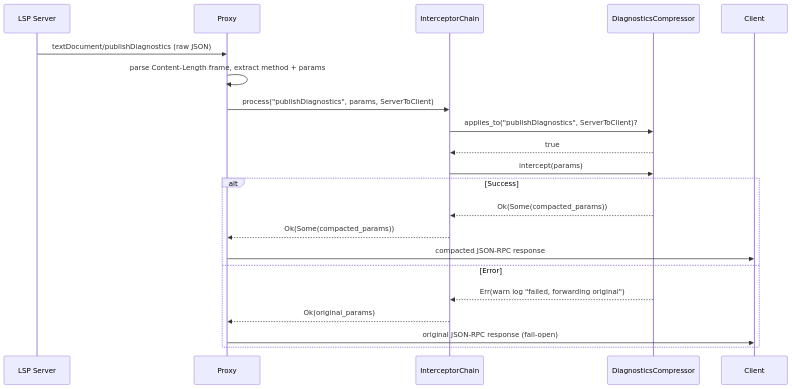
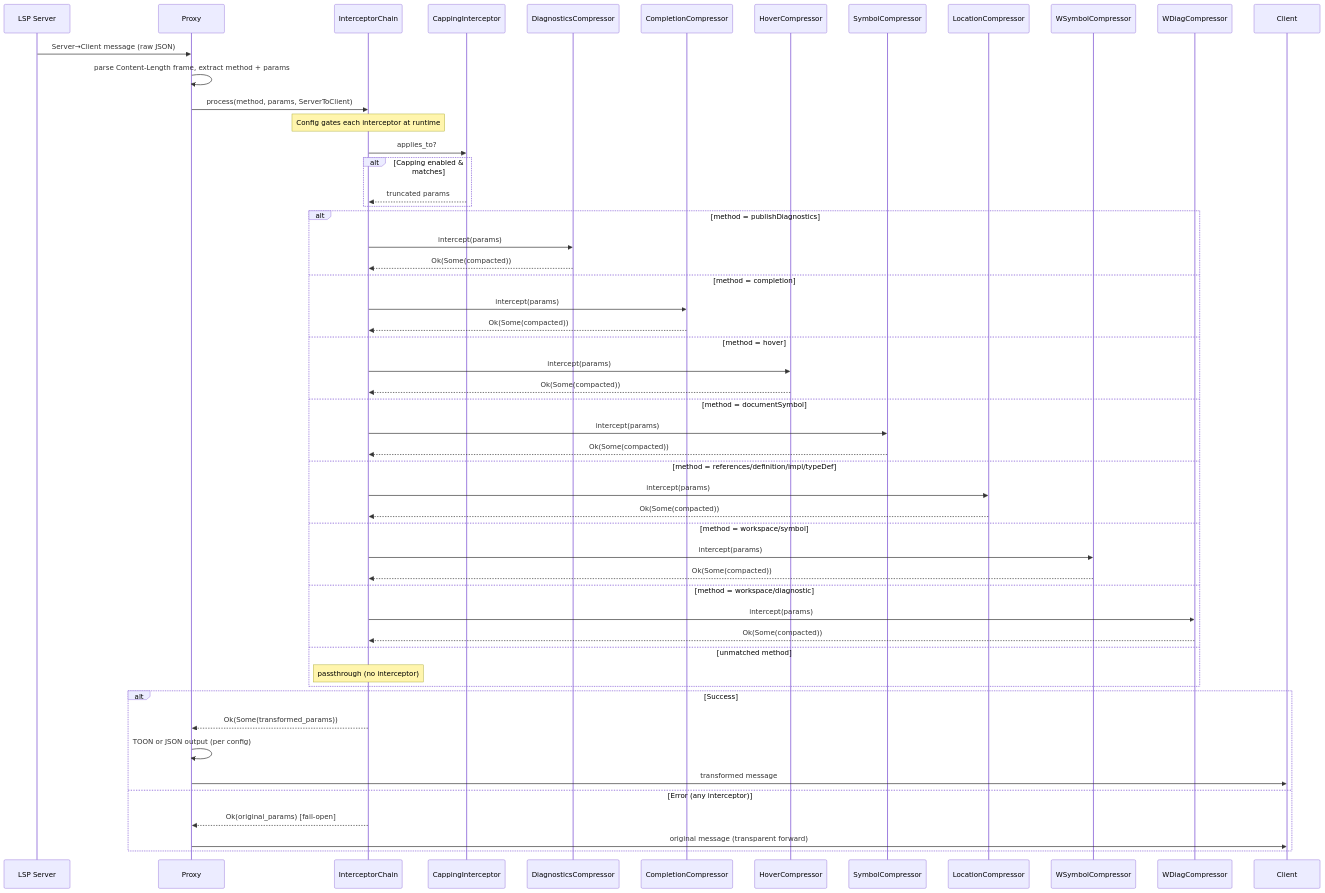
The diagram in docs/mmd/interceptor-chain.mmd (StrayDragon/lspz), drawn with Mermaid before and after one commit. The commit also changed 17 other files, not shown here.

```diff
--- a/docs/mmd/interceptor-chain.mmd
+++ b/docs/mmd/interceptor-chain.mmd
@@ -1,24 +1,58 @@
 sequenceDiagram
   participant S as LSP Server
   participant P as Proxy
   participant C as InterceptorChain
+  participant Cap as CappingInterceptor
   participant D as DiagnosticsCompressor
-  participant C2 as Client
+  participant CO as CompletionCompressor
+  participant H as HoverCompressor
+  participant SYM as SymbolCompressor
+  participant LOC as LocationCompressor
+  participant WS as WSymbolCompressor
+  participant WD as WDiagCompressor
+  participant Client as Client
 
-  S->>P: textDocument/publishDiagnostics (raw JSON)
+  S->>P: Server→Client message (raw JSON)
   P->>P: parse Content-Length frame, extract method + params
-  P->>C: process("publishDiagnostics", params, ServerToClient)
+  P->>C: process(method, params, ServerToClient)
 
-  C->>D: applies_to("publishDiagnostics", ServerToClient)?
-  D-->>C: true
+  Note over C: Config gates each interceptor at runtime
 
-  C->>D: intercept(params)
+  C->>Cap: applies_to?
+  alt Capping enabled & matches
+    Cap-->>C: truncated params
+  end
+
+  alt method = publishDiagnostics
+    C->>D: intercept(params)
+    D-->>C: Ok(Some(compacted))
+  else method = completion
+    C->>CO: intercept(params)
+    CO-->>C: Ok(Some(compacted))
+  else method = hover
+    C->>H: intercept(params)
+    H-->>C: Ok(Some(compacted))
+  else method = documentSymbol
+    C->>SYM: intercept(params)
+    SYM-->>C: Ok(Some(compacted))
+  else method = references/definition/impl/typeDef
+    C->>LOC: intercept(params)
+    LOC-->>C: Ok(Some(compacted))
+  else method = workspace/symbol
+    C->>WS: intercept(params)
+    WS-->>C: Ok(Some(compacted))
+  else method = workspace/diagnostic
+    C->>WD: intercept(params)
+    WD-->>C: Ok(Some(compacted))
+  else unmatched method
+    Note over C: passthrough (no interceptor)
+  end
+
   alt Success
-    D-->>C: Ok(Some(compacted_params))
-    C-->>P: Ok(Some(compacted_params))
-    P->>C2: compacted JSON-RPC response
-  else Error
-    D-->>C: Err(warn log "failed, forwarding original")
-    C-->>P: Ok(original_params)
-    P->>C2: original JSON-RPC response (fail-open)
+    C-->>P: Ok(Some(transformed_params))
+    P->>P: TOON or JSON output (per config)
+    P->>Client: transformed message
+  else Error (any interceptor)
+    C-->>P: Ok(original_params) [fail-open]
+    P->>Client: original message (transparent forward)
   end
```
